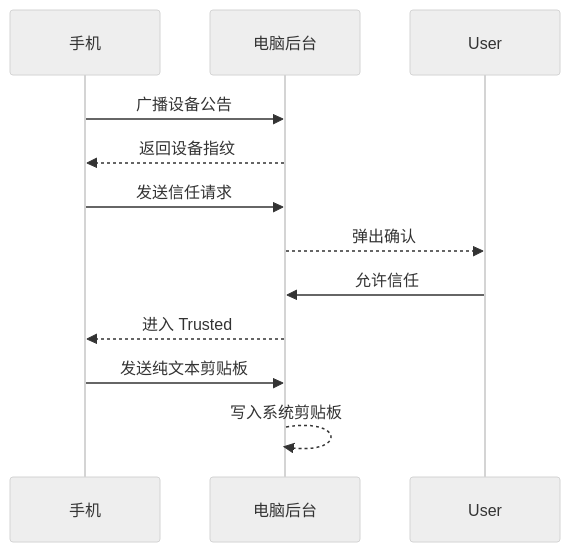
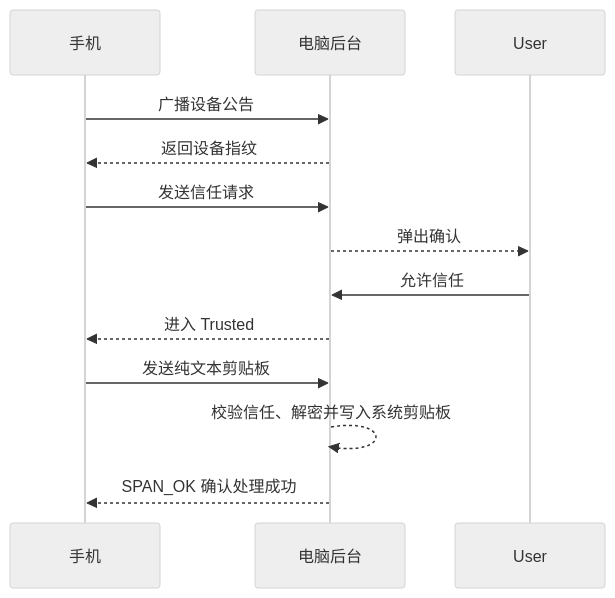
The second of 2 diagrams in docs/protocol.md (mrone0/rs), drawn with Mermaid (neutral theme) before and after one commit. The commit also changed other lines of this file and 5 other files, not shown here.

````diff
--- a/docs/protocol.md
+++ b/docs/protocol.md
@@ -18,14 +18,15 @@
 ```mermaid
 sequenceDiagram
     participant Phone as 手机
     participant PC as 电脑后台
 
     Phone->>PC: 广播设备公告
     PC-->>Phone: 返回设备指纹
     Phone->>PC: 发送信任请求
     PC-->>User: 弹出确认
     User->>PC: 允许信任
     PC-->>Phone: 进入 Trusted
     Phone->>PC: 发送纯文本剪贴板
-    PC-->>PC: 写入系统剪贴板
+    PC-->>PC: 校验信任、解密并写入系统剪贴板
+    PC-->>Phone: SPAN_OK 确认处理成功
 ```
````
